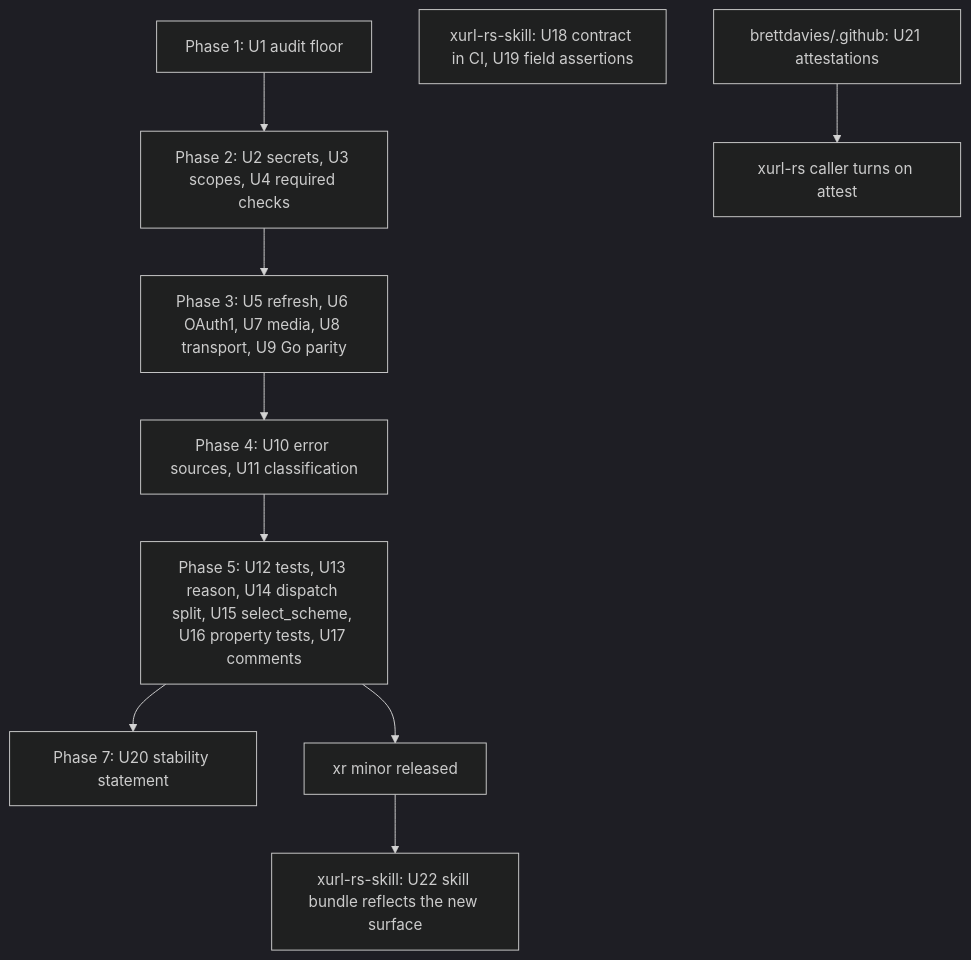
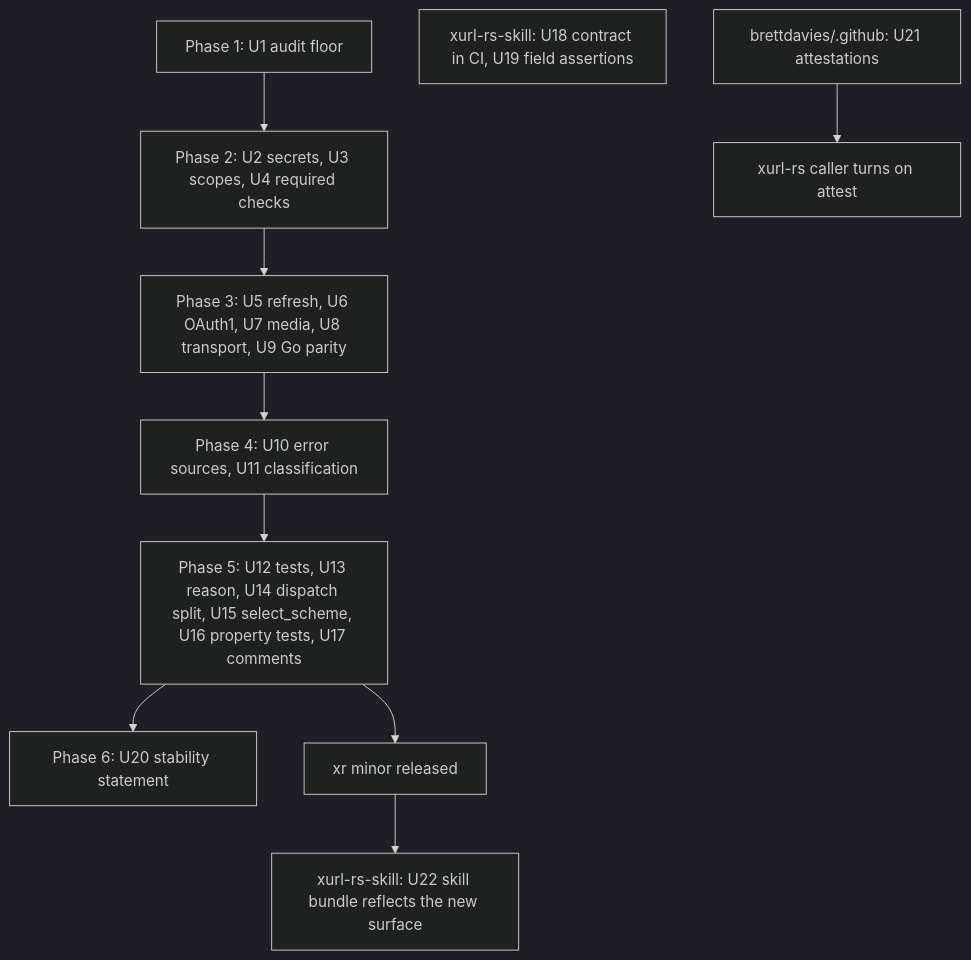
The fifth of 5 diagrams in docs/plans/2026-10-05-2243-fix-public-review-follow-ups-plan.md (brettdavies/xurl-rs), drawn with Mermaid (dark theme) before and after one commit. The commit also changed other lines of this file, not shown here.

````diff
--- a/docs/plans/2026-10-05-2243-fix-public-review-follow-ups-plan.md
+++ b/docs/plans/2026-10-05-2243-fix-public-review-follow-ups-plan.md
@@ -366,11 +373,11 @@
 ```mermaid
 flowchart TB
   P1[Phase 1: U1 audit floor] --> P2[Phase 2: U2 secrets, U3 scopes, U4 required checks]
   P2 --> P3[Phase 3: U5 refresh, U6 OAuth1, U7 media, U8 transport, U9 Go parity]
   P3 --> P4[Phase 4: U10 error sources, U11 classification]
   P4 --> P5[Phase 5: U12 tests, U13 reason, U14 dispatch split, U15 select_scheme, U16 property tests, U17 comments]
-  P5 --> P7a[Phase 7: U20 stability statement]
+  P5 --> P6[Phase 6: U20 stability statement]
   S1[xurl-rs-skill: U18 contract in CI, U19 field assertions]
   G1[brettdavies/.github: U21 attestations] --> G2[xurl-rs caller turns on attest]
   P5 --> R[xr minor released] --> K[xurl-rs-skill: U22 skill bundle reflects the new surface]
 ```
````
